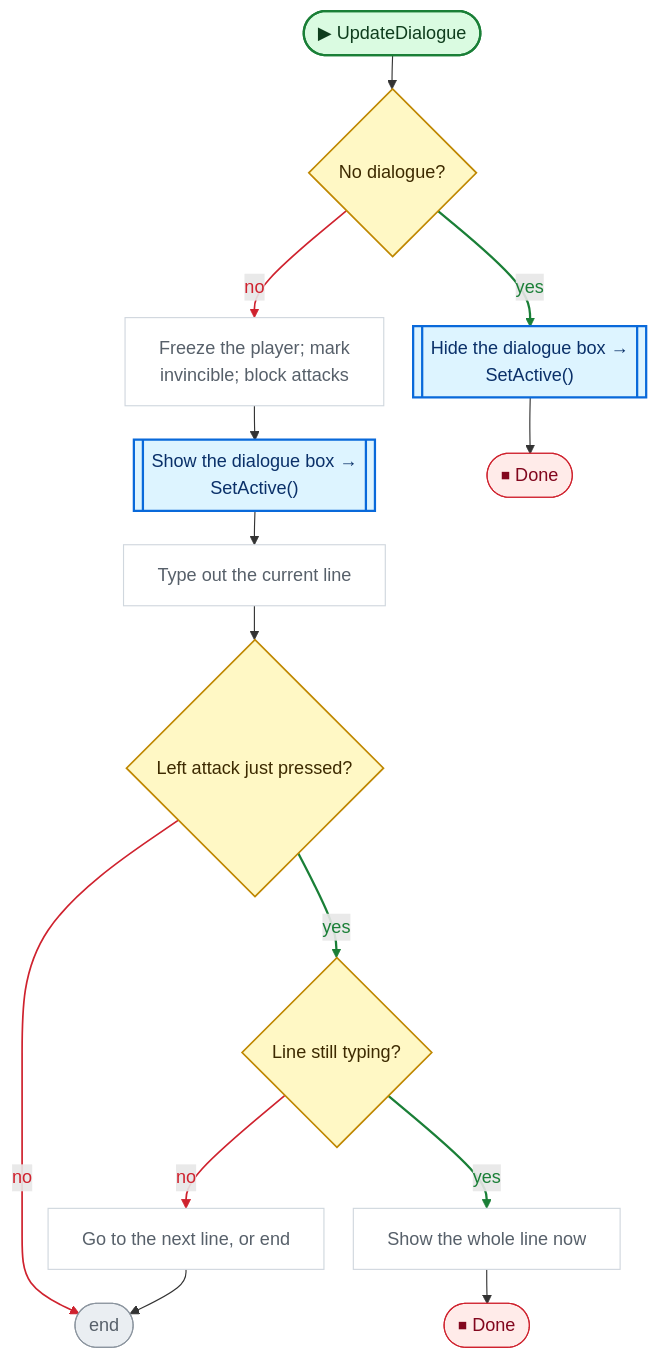
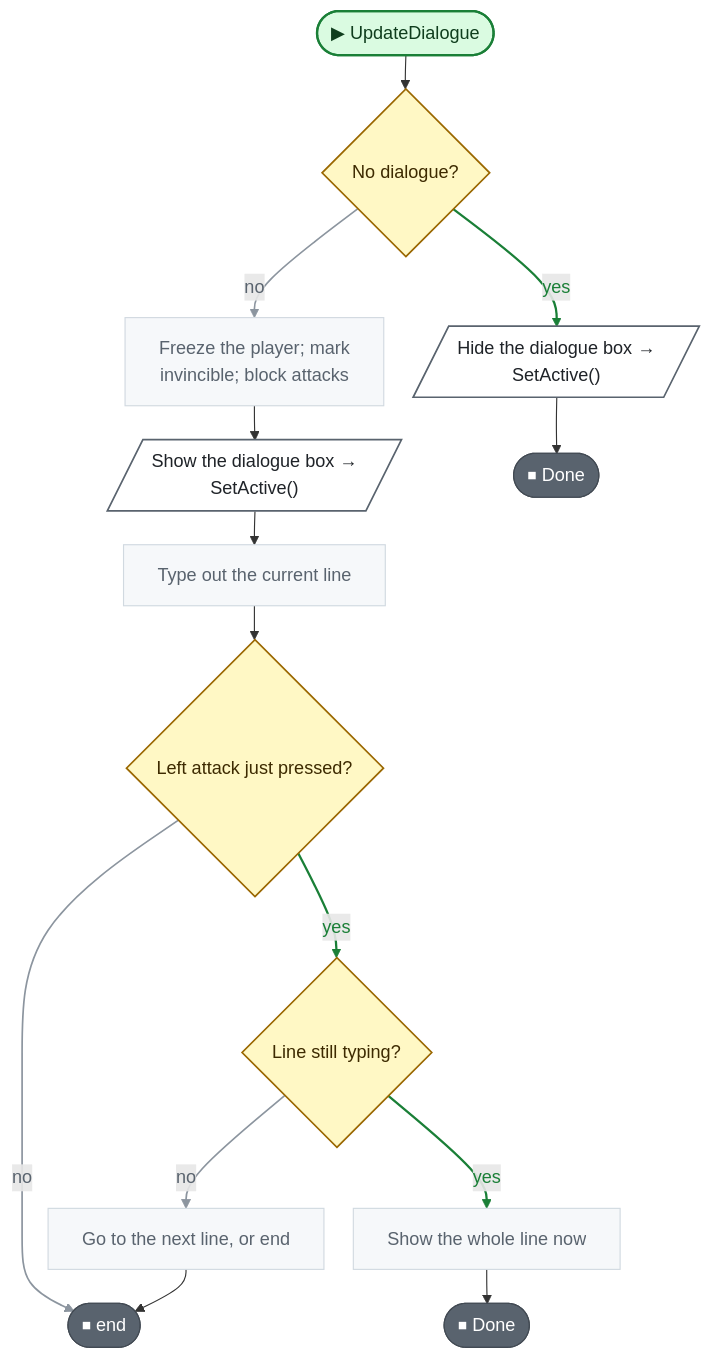
One commit to nataiai/Lord-of-the-Dungeon changed the sixth of 6 diagrams in CodeGraph~/graph/UI.cs.md. Above: the diagram before and after it, drawn with Mermaid. The commit also changed other lines of this file and 57 other files, not shown here.

````diff
--- a/CodeGraph~/graph/UI.cs.md
+++ b/CodeGraph~/graph/UI.cs.md
@@ -292,62 +295,62 @@
 ```mermaid
 ---
 config:
   flowchart:
     wrappingWidth: 260
     nodeSpacing: 26
     rankSpacing: 30
 ---
 flowchart TD
   nS(["▶ UpdateDialogue"])
   ndcc209{"No dialogue?"}
-  n08b799[["Hide the dialogue box →<br>SetActive()"]]
+  n08b799[/"Hide the dialogue box →<br>SetActive()"/]
   nddaa24["Freeze the player; mark<br>invincible; block attacks"]
-  n50711f[["Show the dialogue box →<br>SetActive()"]]
+  n50711f[/"Show the dialogue box →<br>SetActive()"/]
   ncbd7c9["Type out the current line"]
   n52d4a9{"Left attack just pressed?"}
   n41cf43{"Line still typing?"}
   n9fe583["Show the whole line now"]
   n8e6eb7["Go to the next line, or end"]
-  nE(["end"])
+  nE(["⏹ end"])
   nb2e4fc(["⏹ Done"])
   n8ac8b5(["⏹ Done"])
   nS --> ndcc209
   n08b799 --> nb2e4fc
   ndcc209 -->|no| nddaa24
   ndcc209 -->|yes| n08b799
   nddaa24 --> n50711f
   n50711f --> ncbd7c9
   ncbd7c9 --> n52d4a9
   n52d4a9 -->|yes| n41cf43
   n9fe583 --> n8ac8b5
   n41cf43 -->|no| n8e6eb7
   n41cf43 -->|yes| n9fe583
   n8e6eb7 --> nE
   n52d4a9 -->|no| nE
-  linkStyle 2 stroke:#cf222e,stroke-width:1.5px,color:#cf222e
+  linkStyle 2 stroke:#8c959f,stroke-width:1.5px,color:#59636e
   linkStyle 3 stroke:#1a7f37,stroke-width:2px,color:#1a7f37
   linkStyle 7 stroke:#1a7f37,stroke-width:2px,color:#1a7f37
-  linkStyle 9 stroke:#cf222e,stroke-width:1.5px,color:#cf222e
+  linkStyle 9 stroke:#8c959f,stroke-width:1.5px,color:#59636e
   linkStyle 10 stroke:#1a7f37,stroke-width:2px,color:#1a7f37
-  linkStyle 12 stroke:#cf222e,stroke-width:1.5px,color:#cf222e
+  linkStyle 12 stroke:#8c959f,stroke-width:1.5px,color:#59636e
   classDef unity fill:#dafbe1,stroke:#1a7f37,stroke-width:2px,color:#0f3d1d
   classDef start fill:#dafbe1,stroke:#1a7f37,stroke-width:2px,color:#0f3d1d
-  classDef calc fill:#ffffff,stroke:#d0d7de,color:#57606a
+  classDef calc fill:#f6f8fa,stroke:#d1d9e0,color:#59636e
   classDef calls fill:#ddf4ff,stroke:#0969da,stroke-width:2px,color:#0a3069
-  classDef ext fill:#ddf4ff,stroke:#0969da,stroke-width:2px,stroke-dasharray:5 3,color:#0a3069
-  classDef cond fill:#fff8c5,stroke:#bf8700,stroke-width:1.5px,color:#3d2a00
-  classDef loop fill:#f6f8fa,stroke:#57606a,color:#1f2328
-  classDef exit fill:#ffebe9,stroke:#cf222e,color:#82071e
+  classDef ext fill:#f6f8fa,stroke:#59636e,stroke-width:1.5px,stroke-dasharray:5 5,color:#1f2328
+  classDef cond fill:#fff8c5,stroke:#9a6700,stroke-width:1.5px,color:#3d2a00
+  classDef loop fill:#fff8c5,stroke:#9a6700,color:#3d2a00
+  classDef wait fill:#fff8c5,stroke:#9a6700,color:#3d2a00
+  classDef exit fill:#59636e,stroke:#424a53,color:#ffffff
+  classDef fin fill:#59636e,stroke:#424a53,color:#ffffff
+  classDef act fill:#ffffff,stroke:#59636e,stroke-width:1.5px,color:#1f2328
   classDef kill fill:#ffebe9,stroke:#cf222e,stroke-width:2px,color:#82071e
-  classDef spawn fill:#dafbe1,stroke:#1a7f37,stroke-width:2px,color:#0f3d1d
-  classDef wait fill:#fff1e5,stroke:#bc4c00,color:#4d1d00
-  classDef fin fill:#eaeef2,stroke:#8c959f,color:#57606a
   classDef join fill:#d0d7de,stroke:#8c959f,color:#57606a
   classDef ghdr fill:#f5f9ff,stroke:#f5f9ff,color:#0a3069,font-weight:bold
+  class n08b799,n50711f act
   class nddaa24,ncbd7c9,n9fe583,n8e6eb7 calc
-  class n08b799,n50711f calls
   class ndcc209,n52d4a9,n41cf43 cond
   class nb2e4fc,n8ac8b5 exit
   class nE fin
   class nS start
 ```
````
